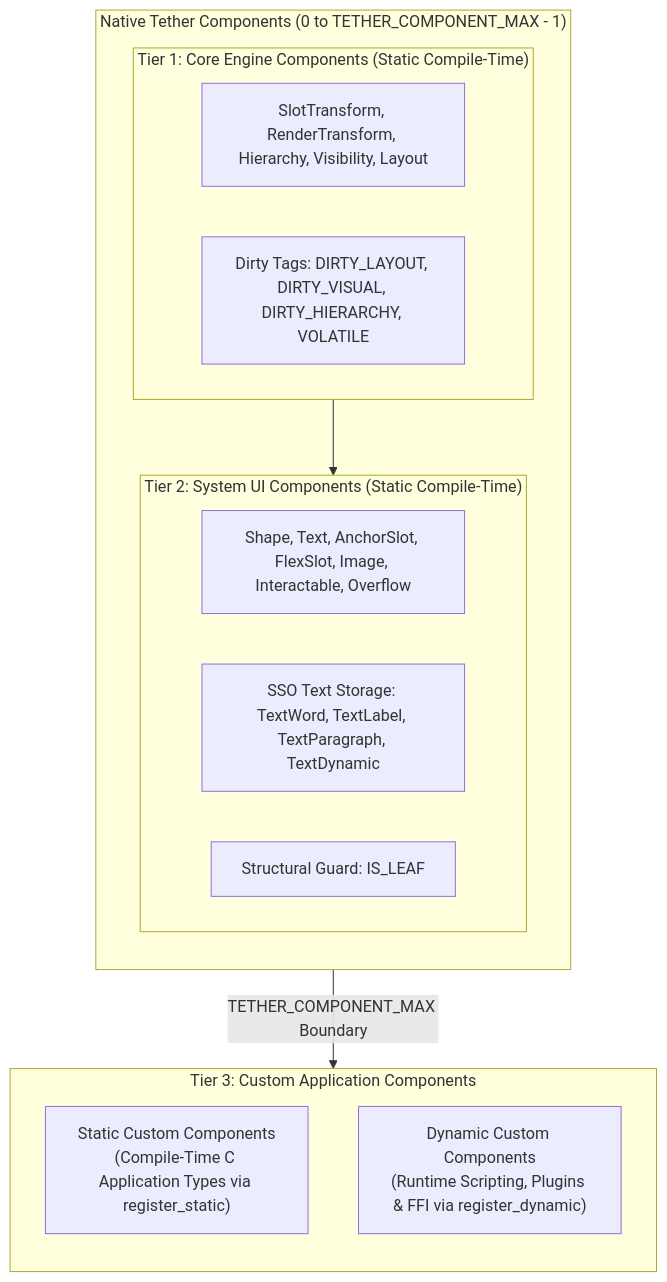
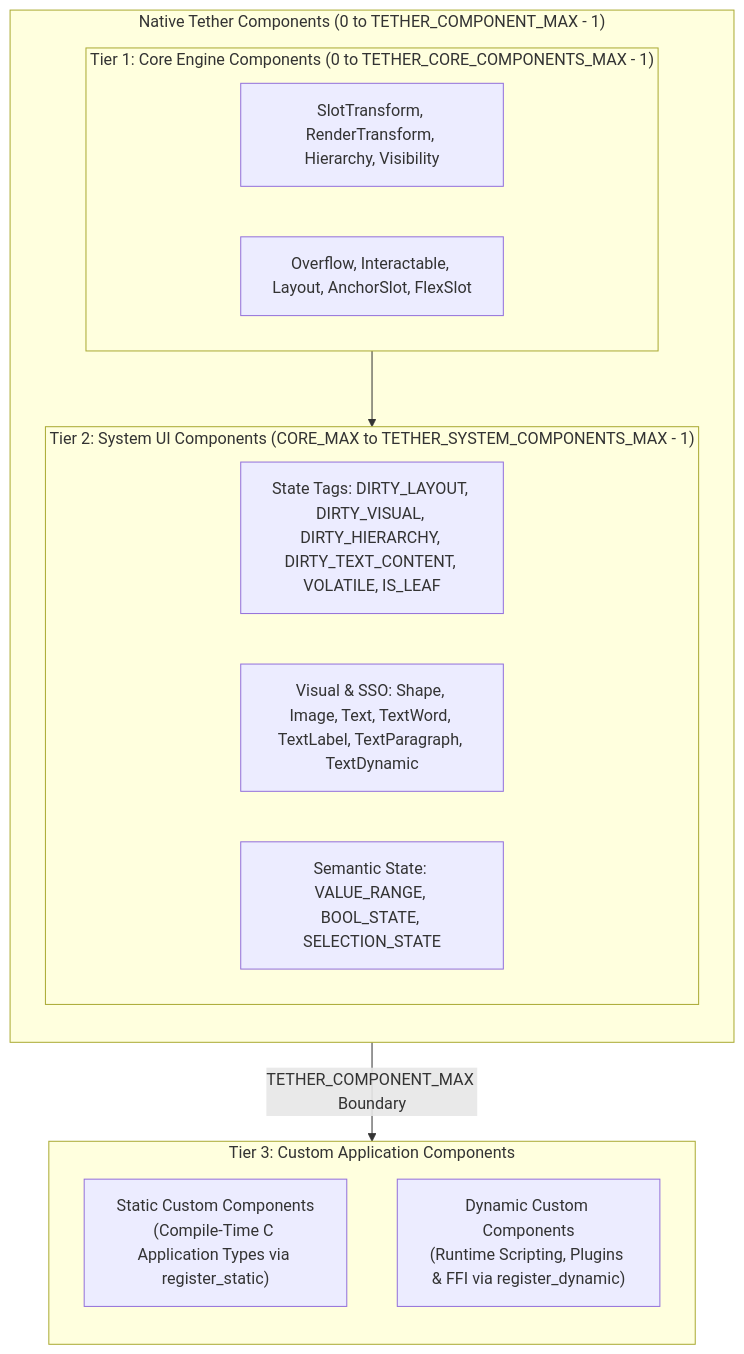
The third of 5 diagrams in docs/technical/03_ecs_and_memory.md (Yuvi-GD/Tether), drawn with Mermaid before and after one commit. The commit also changed other lines of this file and 24 other files, not shown here.

Commit message:
docs: align technical docs with v0.0.3-preview and clarify presentation roadmap

````diff
--- a/docs/technical/03_ecs_and_memory.md
+++ b/docs/technical/03_ecs_and_memory.md
@@ -200,24 +201,24 @@
 ```mermaid
 flowchart TD
     subgraph NativeTether["Native Tether Components (0 to TETHER_COMPONENT_MAX - 1)"]
         direction TB
-        subgraph Tier1["Tier 1: Core Engine Components (Static Compile-Time)"]
-            C1["SlotTransform, RenderTransform, Hierarchy, Visibility, Layout"]
-            C2["Dirty Tags: DIRTY_LAYOUT, DIRTY_VISUAL, DIRTY_HIERARCHY, VOLATILE"]
+        subgraph Tier1["Tier 1: Core Engine Components (0 to TETHER_CORE_COMPONENTS_MAX - 1)"]
+            C1["SlotTransform, RenderTransform, Hierarchy, Visibility"]
+            C2["Overflow, Interactable, Layout, AnchorSlot, FlexSlot"]
         end
-        subgraph Tier2["Tier 2: System UI Components (Static Compile-Time)"]
-            U1["Shape, Text, AnchorSlot, FlexSlot, Image, Interactable, Overflow"]
-            U2["SSO Text Storage: TextWord, TextLabel, TextParagraph, TextDynamic"]
-            U3["Structural Guard: IS_LEAF"]
+        subgraph Tier2["Tier 2: System UI Components (CORE_MAX to TETHER_SYSTEM_COMPONENTS_MAX - 1)"]
+            U1["State Tags: DIRTY_LAYOUT, DIRTY_VISUAL, DIRTY_HIERARCHY, DIRTY_TEXT_CONTENT, VOLATILE, IS_LEAF"]
+            U2["Visual & SSO: Shape, Image, Text, TextWord, TextLabel, TextParagraph, TextDynamic"]
+            U3["Semantic State: VALUE_RANGE, BOOL_STATE, SELECTION_STATE"]
         end
     end
 
     subgraph Tier3["Tier 3: Custom Application Components"]
         direction TB
         CustStatic["Static Custom Components\n(Compile-Time C Application Types via register_static)"]
         CustDynamic["Dynamic Custom Components\n(Runtime Scripting, Plugins & FFI via register_dynamic)"]
     end
 
     Tier1 --> Tier2
     Tier2 -->|TETHER_COMPONENT_MAX Boundary| Tier3
 ```
````
